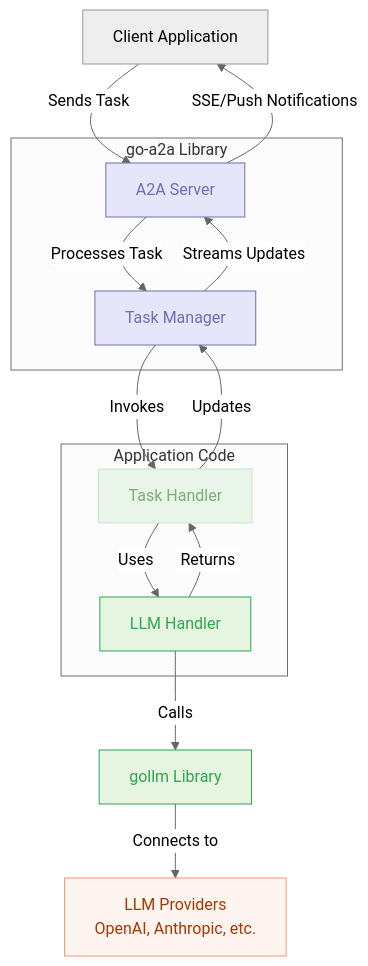
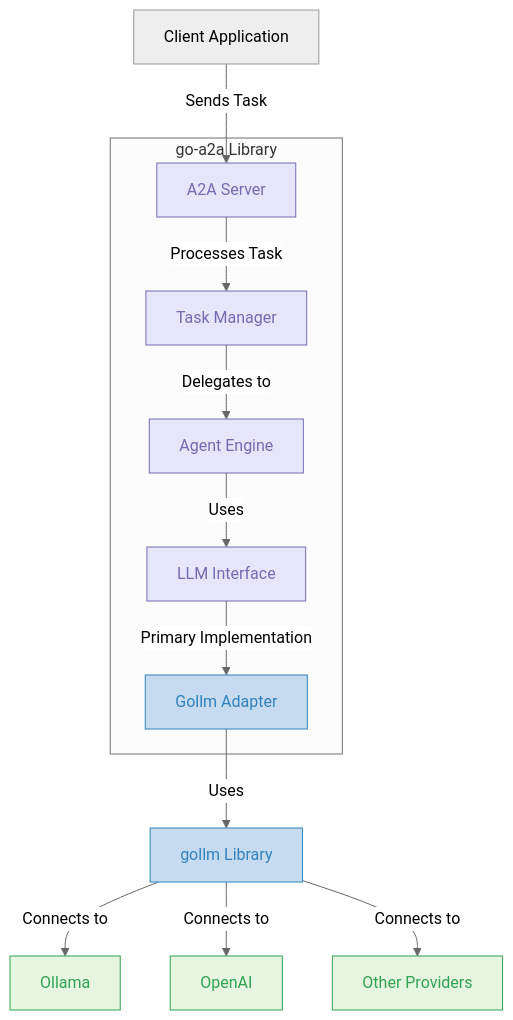
Before and after one commit to sammcj/go-a2a: the diagram in README.md, drawn with Mermaid (neutral theme). The commit also changed other lines of this file and 1 other file, not shown here.

````diff
--- a/README.md
+++ b/README.md
@@ -375,36 +375,31 @@
 ```mermaid
 graph TD
     classDef inputOutput fill:#FEE0D2,stroke:#E6550D,color:#E6550D
     classDef llm fill:#E5F5E0,stroke:#31A354,color:#31A354
     classDef components fill:#E6E6FA,stroke:#756BB1,color:#756BB1
     classDef process fill:#EAF5EA,stroke:#C6E7C6,color:#77AD77
-    classDef stop fill:#E5E1F2,stroke:#C7C0DE,color:#8471BF
-    classDef data fill:#EFF3FF,stroke:#9ECAE1,color:#3182BD
-    classDef decision fill:#FFF5EB,stroke:#FD8D3C,color:#E6550D
-    classDef storage fill:#F2F0F7,stroke:#BCBDDC,color:#756BB1
+    classDef primary fill:#C6DBEF,stroke:#3182BD,color:#3182BD
     classDef api fill:#FFF5F0,stroke:#FD9272,color:#A63603
-    classDef error fill:#FCBBA1,stroke:#FB6A4A,color:#CB181D
 
     Client[Client Application] -->|Sends Task| A2AServer[A2A Server]:::components
     A2AServer -->|Processes Task| TaskManager[Task Manager]:::components
-    TaskManager -->|Invokes| TaskHandler[Task Handler]:::process
-    TaskHandler -->|Uses| LLMHandler[LLM Handler]:::llm
+    TaskManager -->|Delegates to| AgentEngine[Agent Engine]:::components
 
-    LLMHandler -->|Calls| GOLLM[gollm Library]:::llm
-    GOLLM -->|Connects to| LLMProviders[LLM Providers<br>OpenAI, Anthropic, etc.]:::api
+    AgentEngine -->|Uses| LLMInterface[LLM Interface]:::components
 
-    LLMHandler -->|Returns| TaskHandler
-    TaskHandler -->|Updates| TaskManager
-    TaskManager -->|Streams Updates| A2AServer
-    A2AServer -->|SSE/Push Notifications| Client
+    LLMInterface -->|Primary Implementation| GollmAdapter[Gollm Adapter]:::primary
+
+    GollmAdapter -->|Uses| Gollm[gollm Library]:::primary
+
+    Gollm -->|Connects to| Ollama[Ollama]:::llm
+    Gollm -->|Connects to| OpenAI[OpenAI]:::llm
+    Gollm -->|Connects to| OtherProviders[Other Providers]:::llm
 
     subgraph "go-a2a Library"
         A2AServer
         TaskManager
-    end
-
-    subgraph "Application Code"
-        TaskHandler
-        LLMHandler
+        AgentEngine
+        LLMInterface
+        GollmAdapter
     end
 ```
````
